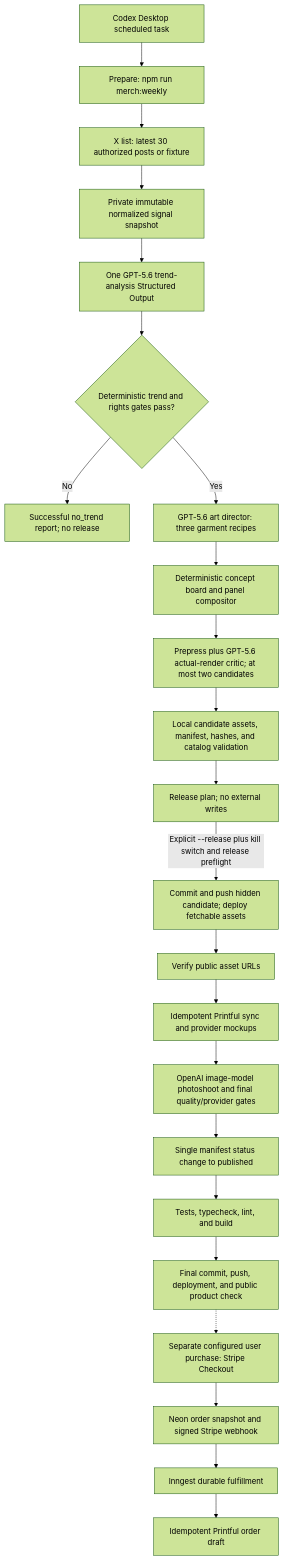
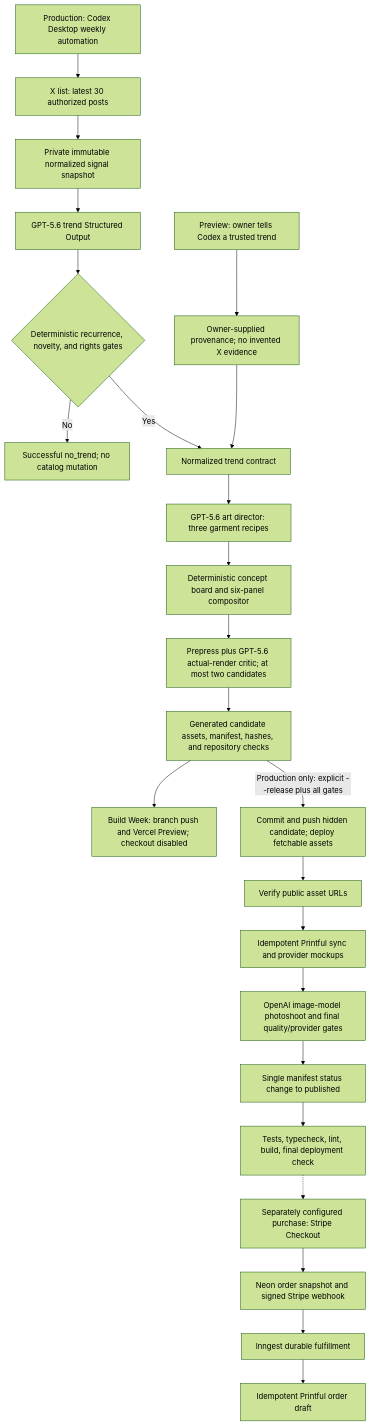
One commit to self-tech-labs/codex-merch changed the diagram in docs/build-week/architecture.md. Above: the diagram before and after it, drawn with Mermaid (forest theme). The commit also changed other lines of this file and 38 other files, not shown here.

Commit message:
Add owner-triggered Build Week preview workflow

````diff
--- a/docs/build-week/architecture.md
+++ b/docs/build-week/architecture.md
@@ -5,25 +5,26 @@
 ```mermaid
 flowchart TD
-    A["Codex Desktop scheduled task"] --> B["Prepare: npm run merch:weekly"]
-    B --> C["X list: latest 30 authorized posts or fixture"]
-    C --> D["Private immutable normalized signal snapshot"]
-    D --> E["One GPT-5.6 trend-analysis Structured Output"]
-    E --> G{"Deterministic trend and rights gates pass?"}
-    G -->|"No"| H["Successful no_trend report; no release"]
-    G -->|"Yes"| I["GPT-5.6 art director: three garment recipes"]
-    I --> J["Deterministic concept board and panel compositor"]
-    J --> K["Prepress plus GPT-5.6 actual-render critic; at most two candidates"]
-    K --> L["Local candidate assets, manifest, hashes, and catalog validation"]
-    L --> M["Release plan; no external writes"]
-    M -->|"Explicit --release plus kill switch and release preflight"| N["Commit and push hidden candidate; deploy fetchable assets"]
-    N --> O["Verify public asset URLs"]
-    O --> P["Idempotent Printful sync and provider mockups"]
-    P --> Q["OpenAI image-model photoshoot and final quality/provider gates"]
-    Q --> R["Single manifest status change to published"]
-    R --> S["Tests, typecheck, lint, and build"]
-    S --> T["Final commit, push, deployment, and public product check"]
-    T -.-> U["Separate configured user purchase: Stripe Checkout"]
+    A["Production: Codex Desktop weekly automation"] --> B["X list: latest 30 authorized posts"]
+    B --> C["Private immutable normalized signal snapshot"]
+    C --> D["GPT-5.6 trend Structured Output"]
+    D --> E{"Deterministic recurrence, novelty, and rights gates"}
+    E -->|"No"| F["Successful no_trend; no catalog mutation"]
+    E -->|"Yes"| I["Normalized trend contract"]
+    G["Preview: owner tells Codex a trusted trend"] --> H["Owner-supplied provenance; no invented X evidence"]
+    H --> I
+    I --> J["GPT-5.6 art director: three garment recipes"]
+    J --> K["Deterministic concept board and six-panel compositor"]
+    K --> L["Prepress plus GPT-5.6 actual-render critic; at most two candidates"]
+    L --> M["Generated candidate assets, manifest, hashes, and repository checks"]
+    M --> N["Build Week: branch push and Vercel Preview; checkout disabled"]
+    M -->|"Production only: explicit --release plus all gates"| O["Commit and push hidden candidate; deploy fetchable assets"]
+    O --> P["Verify public asset URLs"]
+    P --> Q["Idempotent Printful sync and provider mockups"]
+    Q --> R["OpenAI image-model photoshoot and final quality/provider gates"]
+    R --> S["Single manifest status change to published"]
+    S --> T["Tests, typecheck, lint, build, final deployment check"]
+    T -.-> U["Separately configured purchase: Stripe Checkout"]
     U --> V["Neon order snapshot and signed Stripe webhook"]
     V --> W["Inngest durable fulfillment"]
     W --> X["Idempotent Printful order draft"]
 ```
````
